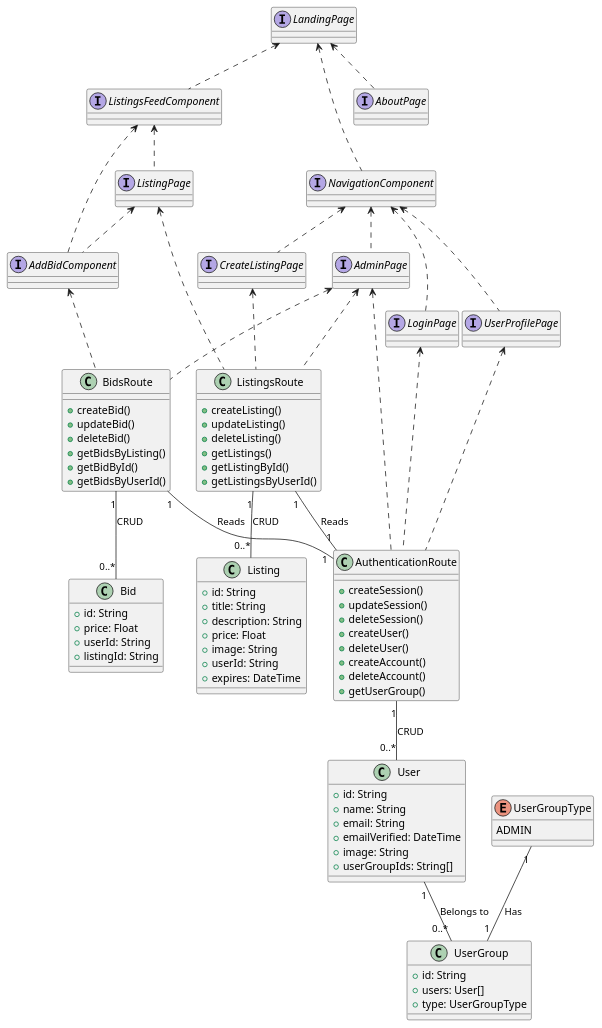
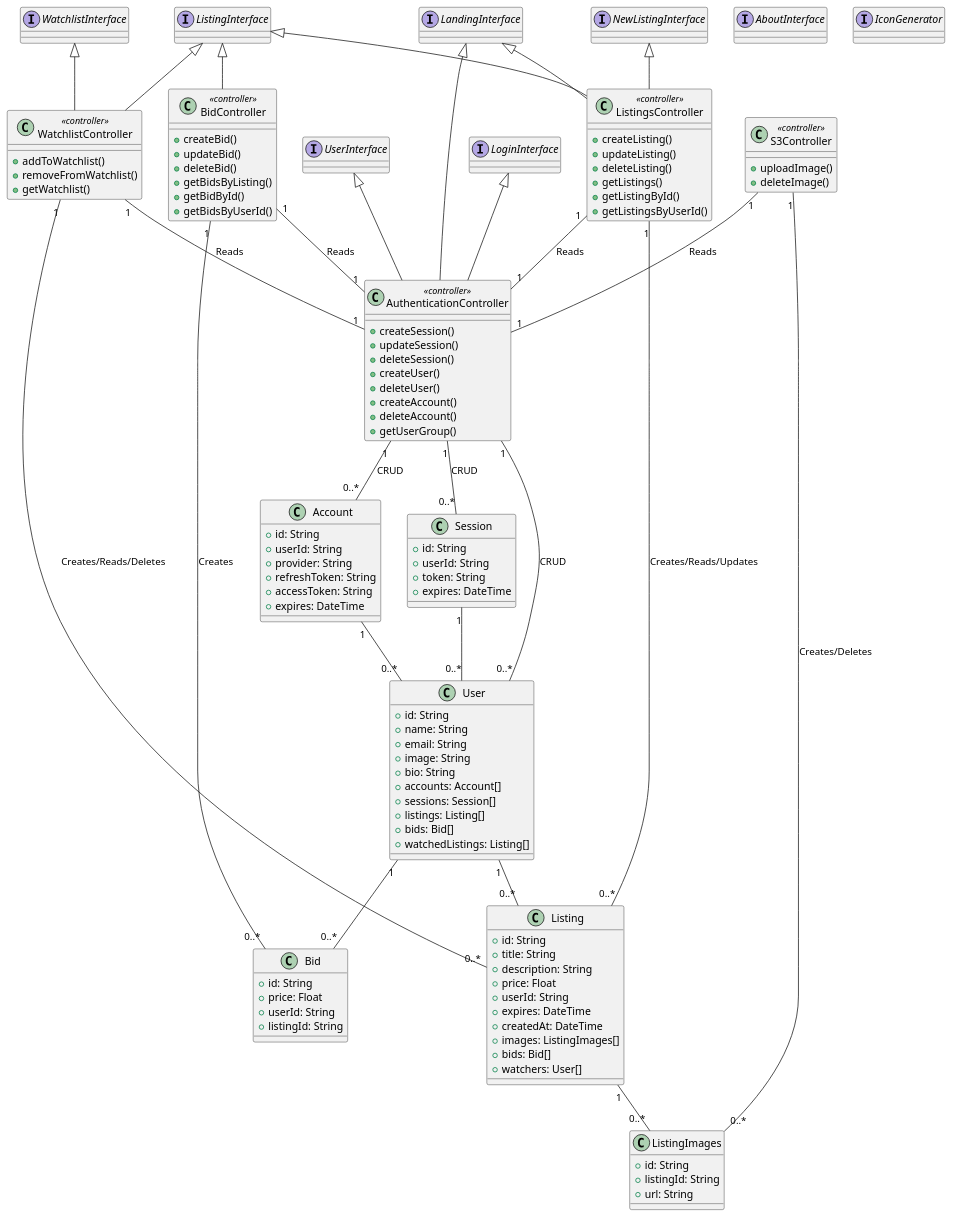
The diagram in uml/class_diagram.puml (martinmiglio/CS471-Project), drawn with PlantUML before and after one commit.

Commit message:
update class diagram

```diff
--- a/uml/class_diagram.puml
+++ b/uml/class_diagram.puml
@@ -1,121 +1,149 @@
 @startuml ClassDiagram
+
+' models
+
+class Account {
+  +id: String
+  +userId: String
+  +provider: String
+  +refreshToken: String
+  +accessToken: String
+  +expires: DateTime
+}
+
+class Session {
+  +id: String
+  +userId: String
+  +token: String
+  +expires: DateTime
+}
 
 class User {
   +id: String
   +name: String
   +email: String
-  +emailVerified: DateTime
   +image: String
-  +userGroupIds: String[]
+  +bio: String
+  +accounts: Account[]
+  +sessions: Session[]
+  +listings: Listing[]
+  +bids: Bid[]
+  +watchedListings: Listing[]
 }
 
 class Listing {
   +id: String
   +title: String
   +description: String
   +price: Float
-  +image: String
   +userId: String
-'   +status: String
   +expires: DateTime
+  +createdAt: DateTime
+  +images: ListingImages[]
+  +bids: Bid[]
+  +watchers: User[]
+}
+
+class ListingImages {
+  +id: String
+  +listingId: String
+  +url: String
 }
 
 class Bid {
   +id: String
   +price: Float
   +userId: String
   +listingId: String
 }
-enum UserGroupType {
-  ADMIN
-}
 
-class UserGroup {
-  +id: String
-  +users: User[]
-  +type: UserGroupType
-}
+Account "1" -- "0..*" User
+Session "1" -- "0..*" User
+User "1" -- "0..*" Listing
+User "1" -- "0..*" Bid
+Listing "1" -- "0..*" ListingImages
 
-' associations between entities
-UserGroupType "1" -- "1" UserGroup : Has
-User "1" -- "0..*" UserGroup : Belongs to
+' controllers
 
-
-
-class ListingsRoute {
+class ListingsController <<controller>>{
   +createListing()
   +updateListing()
   +deleteListing()
   +getListings()
   +getListingById()
   +getListingsByUserId()
 }
 
-class AuthenticationRoute {
+class WatchlistController <<controller>>{
+  +addToWatchlist()
+  +removeFromWatchlist()
+  +getWatchlist()
+}
+
+class AuthenticationController <<controller>>{
   +createSession()
   +updateSession()
   +deleteSession()
   +createUser()
   +deleteUser()
   +createAccount()
   +deleteAccount()
   +getUserGroup()
 }
 
-class BidsRoute {
+class BidController <<controller>>{
   +createBid()
   +updateBid()
   +deleteBid()
   +getBidsByListing()
   +getBidById()
   +getBidsByUserId()
 }
 
+class S3Controller <<controller>>{
+  +uploadImage()
+  +deleteImage()
+}
+
 ' associations between routes and entities
-AuthenticationRoute "1" -- "0..*" User : CRUD
 
-ListingsRoute "1" -- "0..*" Listing : CRUD
-ListingsRoute "1" -- "1" AuthenticationRoute : Reads
+AuthenticationController "1" -- "0..*" User : CRUD
+AuthenticationController "1" -- "0..*" Account : CRUD
+AuthenticationController "1" -- "0..*" Session : CRUD
 
-BidsRoute "1" -- "0..*" Bid : CRUD
-BidsRoute "1" -- "1" AuthenticationRoute : Reads
+ListingsController "1" -- "0..*" Listing : Creates/Reads/Updates
+ListingsController "1" -- "1" AuthenticationController : Reads
+
+WatchlistController "1" -- "0..*" Listing : Creates/Reads/Deletes
+WatchlistController "1" -- "1" AuthenticationController : Reads
+
+S3Controller "1" -- "0..*" ListingImages : Creates/Deletes
+S3Controller "1" -- "1" AuthenticationController : Reads
+
+BidController "1" -- "0..*" Bid : Creates
+BidController "1" -- "1" AuthenticationController : Reads
 
 
-interface LandingPage
-interface AboutPage
-interface LoginPage
-interface ListingPage
-interface CreateListingPage
-interface UserProfilePage
-interface AdminPage
-interface NavigationComponent
-interface ListingsFeedComponent
-interface AddBidComponent
+interface UserInterface
+interface ListingInterface
+interface NewListingInterface
+interface LoginInterface
+interface WatchlistInterface
+interface AboutInterface
+interface LandingInterface
+interface IconGenerator
+
+' connect controllers to interfaces
+
+UserInterface <|-- AuthenticationController
+NewListingInterface <|-- ListingsController
+LoginInterface <|-- AuthenticationController
+WatchlistInterface <|-- WatchlistController
+LandingInterface <|-- AuthenticationController
+LandingInterface <|-- ListingsController
+ListingInterface <|-- ListingsController
+ListingInterface <|-- WatchlistController
+ListingInterface <|-- BidController
 
 
-' dependency graph of pages and components
-LandingPage <.. AboutPage
-LandingPage <.. NavigationComponent
-LandingPage <.. ListingsFeedComponent
-
-NavigationComponent <.. LoginPage
-NavigationComponent <.. CreateListingPage
-NavigationComponent <.. UserProfilePage
-NavigationComponent <.. AdminPage
-
-ListingsFeedComponent <.. AddBidComponent
-ListingsFeedComponent <.. ListingPage
-
-ListingPage <.. AddBidComponent
-
-' these are the routes that the pages and components are connected to
-LoginPage <.. AuthenticationRoute
-ListingPage <.. ListingsRoute
-CreateListingPage <.. ListingsRoute
-UserProfilePage <.. AuthenticationRoute
-AdminPage <.. AuthenticationRoute
-AdminPage <.. ListingsRoute
-AdminPage <.. BidsRoute
-AddBidComponent <.. BidsRoute
-
 @enduml
```
